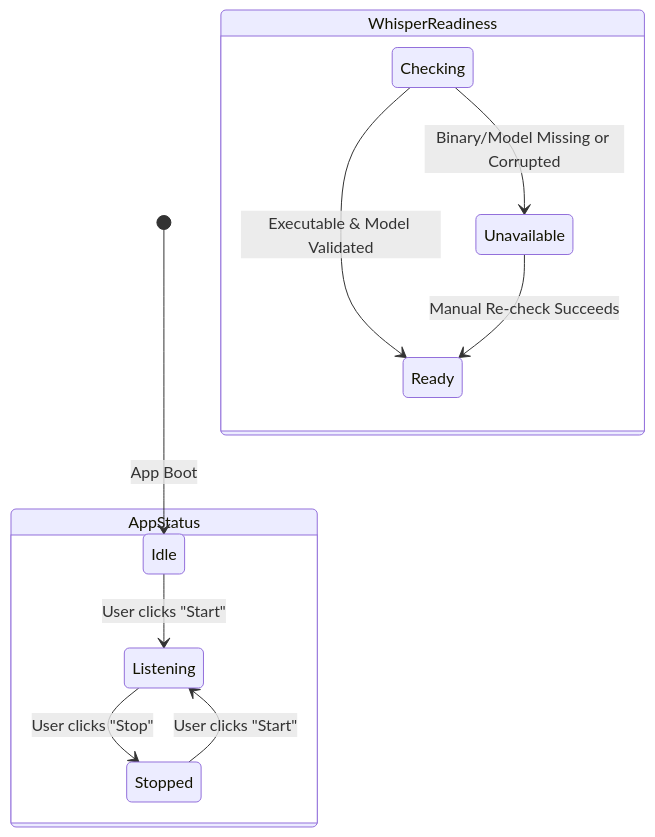
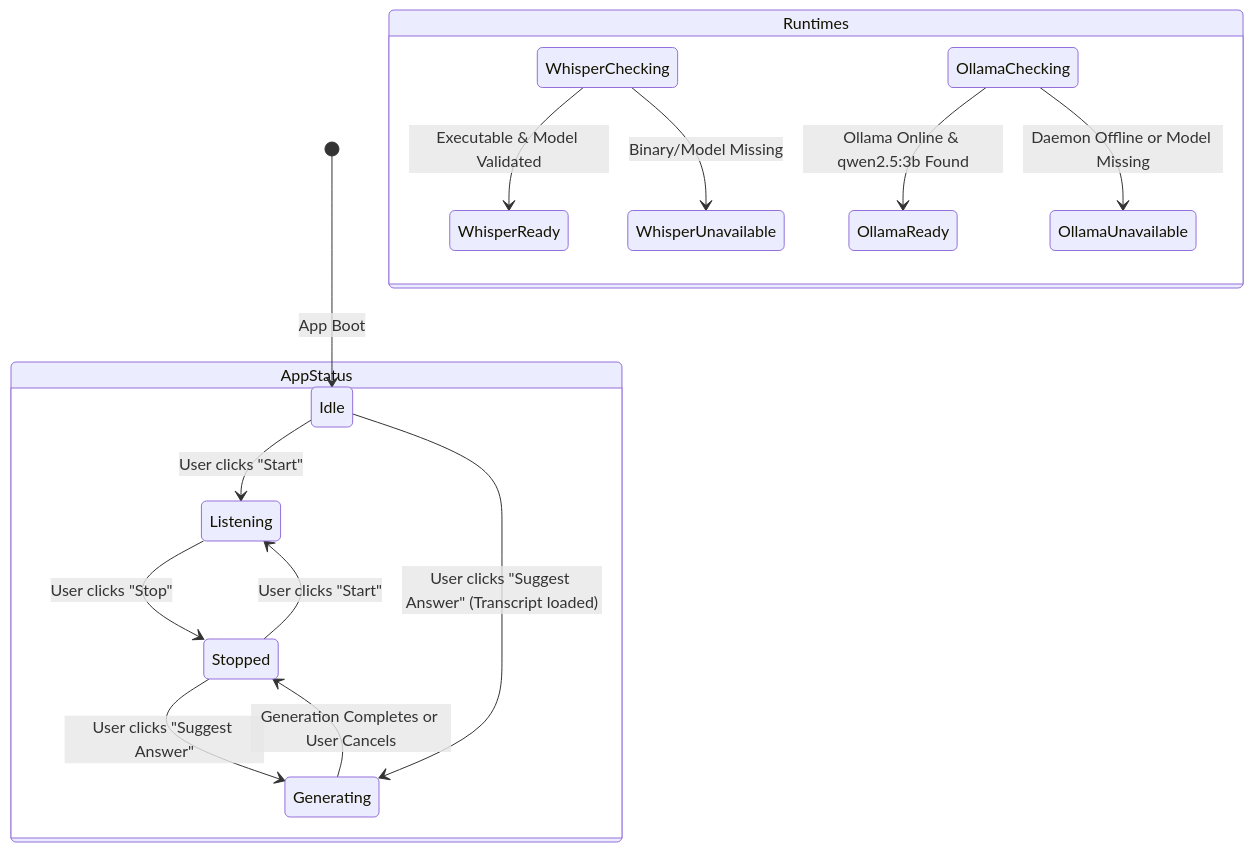
The first of 2 diagrams in docs/APPLICATION_FLOW.md (AbhiJeetSoni22/Local-AI-Conversation-Assistant), drawn with Mermaid before and after one commit. The commit also changed other lines of this file and 22 other files, not shown here.

````diff
--- a/docs/APPLICATION_FLOW.md
+++ b/docs/APPLICATION_FLOW.md
@@ -72,15 +70,19 @@
 ```mermaid
 stateDiagram-v2
     [*] --> Idle: App Boot
     state AppStatus {
         Idle --> Listening: User clicks "Start"
         Listening --> Stopped: User clicks "Stop"
         Stopped --> Listening: User clicks "Start"
+        Stopped --> Generating: User clicks "Suggest Answer"
+        Idle --> Generating: User clicks "Suggest Answer" (Transcript loaded)
+        Generating --> Stopped: Generation Completes or User Cancels
     }
 
-    state WhisperReadiness {
-        Checking --> Ready: Executable & Model Validated
-        Checking --> Unavailable: Binary/Model Missing or Corrupted
-        Unavailable --> Ready: Manual Re-check Succeeds
+    state Runtimes {
+        WhisperChecking --> WhisperReady: Executable & Model Validated
+        WhisperChecking --> WhisperUnavailable: Binary/Model Missing
+        OllamaChecking --> OllamaReady: Ollama Online & qwen2.5:3b Found
+        OllamaChecking --> OllamaUnavailable: Daemon Offline or Model Missing
     }
 ```
````
